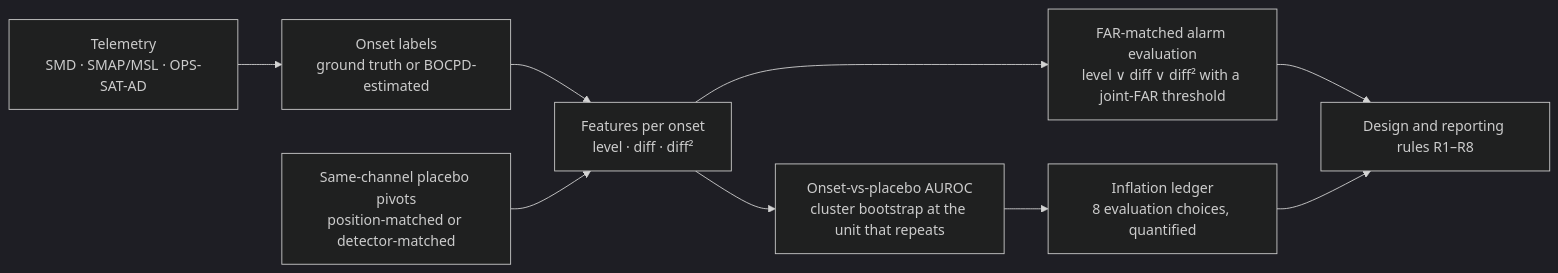
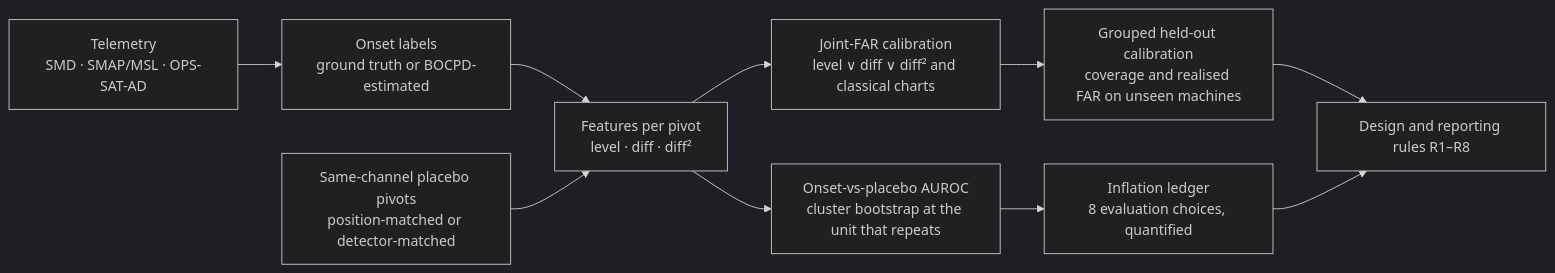
The first of 3 diagrams in README.md (LEEYJ1021/opssat-ad-detection-causal), drawn with Mermaid (dark theme) before and after one commit. The commit also changed other lines of this file, not shown here.

````diff
--- a/README.md
+++ b/README.md
@@ -60,11 +62,12 @@
 ```mermaid
 flowchart LR
     T["Telemetry<br/>SMD · SMAP/MSL · OPS-SAT-AD"] --> O["Onset labels<br/>ground truth or BOCPD-estimated"]
-    O --> F["Features per onset<br/>level · diff · diff²"]
+    O --> F["Features per pivot<br/>level · diff · diff²"]
     P["Same-channel placebo pivots<br/>position-matched or detector-matched"] --> F
     F --> E["Onset-vs-placebo AUROC<br/>cluster bootstrap at the unit that repeats"]
-    F --> A["FAR-matched alarm evaluation<br/>level ∨ diff ∨ diff² with a joint-FAR threshold"]
+    F --> A["Joint-FAR calibration<br/>level ∨ diff ∨ diff² and classical charts"]
+    A --> H["Grouped held-out calibration<br/>coverage and realised FAR on unseen machines"]
     E --> L["Inflation ledger<br/>8 evaluation choices, quantified"]
-    A --> R["Design and reporting rules R1–R8"]
+    H --> R["Design and reporting rules R1–R8"]
     L --> R
 ```
````
